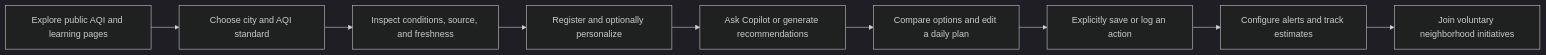
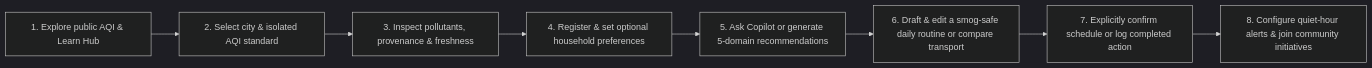
One commit to salman-momin08/airwise changed the first of 6 diagrams in README.md. Above: the diagram before and after it, drawn with Mermaid (dark theme). The commit also changed other lines of this file and 49 other files, not shown here.

````diff
--- a/README.md
+++ b/README.md
@@ -87,11 +101,10 @@
 ```mermaid
 flowchart LR
-    Discover["Explore public AQI and learning pages"] --> City["Choose city and AQI standard"]
-    City --> Conditions["Inspect conditions, source, and freshness"]
-    Conditions --> Account["Register and optionally personalize"]
-    Account --> Guidance["Ask Copilot or generate recommendations"]
-    Guidance --> Plan["Compare options and edit a daily plan"]
-    Plan --> Confirm["Explicitly save or log an action"]
-    Confirm --> Follow["Configure alerts and track estimates"]
-    Follow --> Community["Join voluntary neighborhood initiatives"]
+    Discover["1. Explore public AQI & Learn Hub"] --> City["2. Select city & isolated AQI standard"]
+    City --> Conditions["3. Inspect pollutants, provenance & freshness"]
+    Conditions --> Account["4. Register & set optional household preferences"]
+    Account --> Guidance["5. Ask Copilot or generate 5-domain recommendations"]
+    Guidance --> Plan["6. Draft & edit a smog-safe daily routine or compare transport"]
+    Plan --> Confirm["7. Explicitly confirm schedule or log completed action"]
+    Confirm --> Follow["8. Configure quiet-hour alerts & join community initiatives"]
 ```
````
